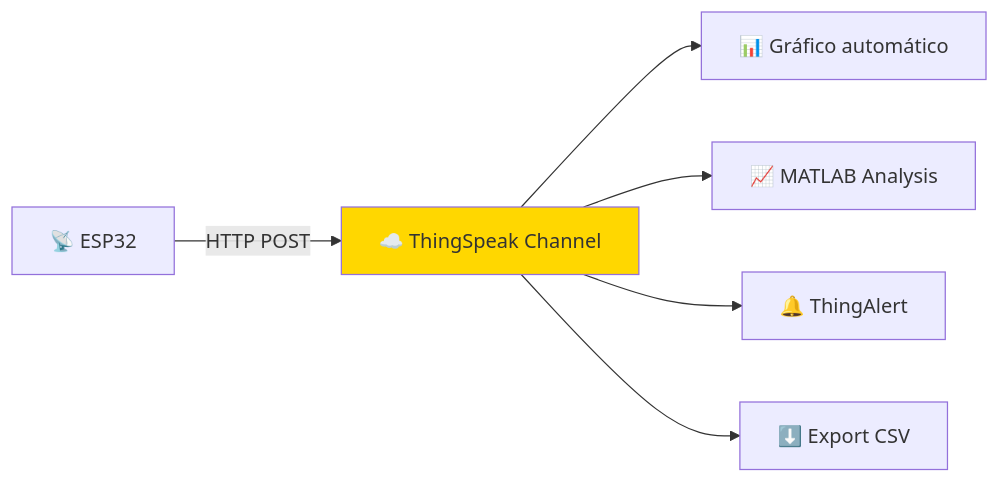
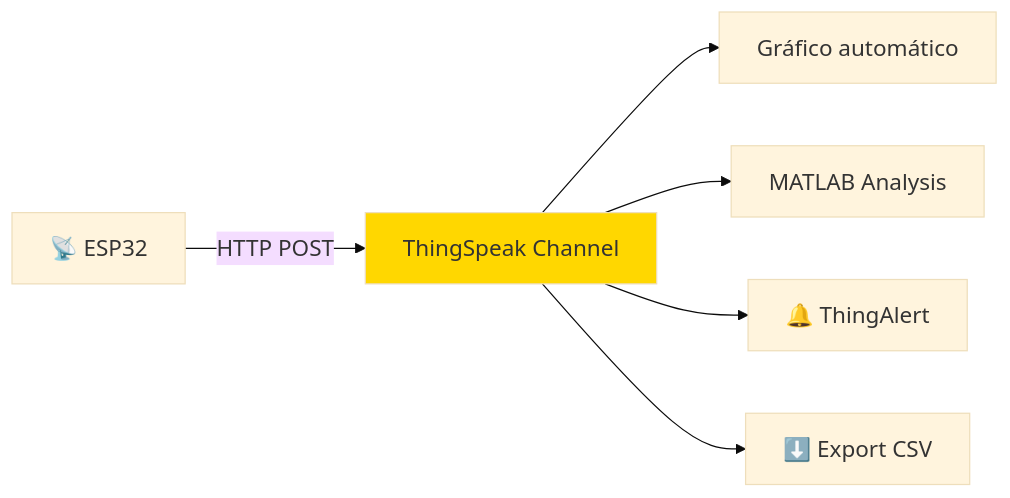
Before and after one commit to Ai-Whisperers/Courses-Content: the seventh of 14 diagrams in courses/🟡-development/FPUNA-2026/02-ELECTRONICA-AUTOMATIZACION/05-iot-visualizacion-datos.md, drawn with Mermaid. The commit also changed other lines of this file and 47 other files, not shown here.

First line of the commit message:
fix: Make all 473 diagrams WCAG AAA accessible (FPUNA-2026)

````diff
--- a/courses/🟡-development/FPUNA-2026/02-ELECTRONICA-AUTOMATIZACION/05-iot-visualizacion-datos.md
+++ b/courses/🟡-development/FPUNA-2026/02-ELECTRONICA-AUTOMATIZACION/05-iot-visualizacion-datos.md
@@ -299,10 +305,11 @@
 ```mermaid
+%%{init: {'theme':'base', 'themeVariables': {'fontSize':'18px'}}}%%
 graph LR
-    A[📡 ESP32] -->|HTTP POST| B[☁️ ThingSpeak Channel]
-    B --> C[📊 Gráfico automático]
-    B --> D[📈 MATLAB Analysis]
+    A[📡 ESP32] -->|HTTP POST| B[ThingSpeak Channel]
+    B --> C[Gráfico automático]
+    B --> D[MATLAB Analysis]
     B --> E[🔔 ThingAlert]
     B --> F[⬇️ Export CSV]
     
     style B fill:#FFD700
 ```
````
